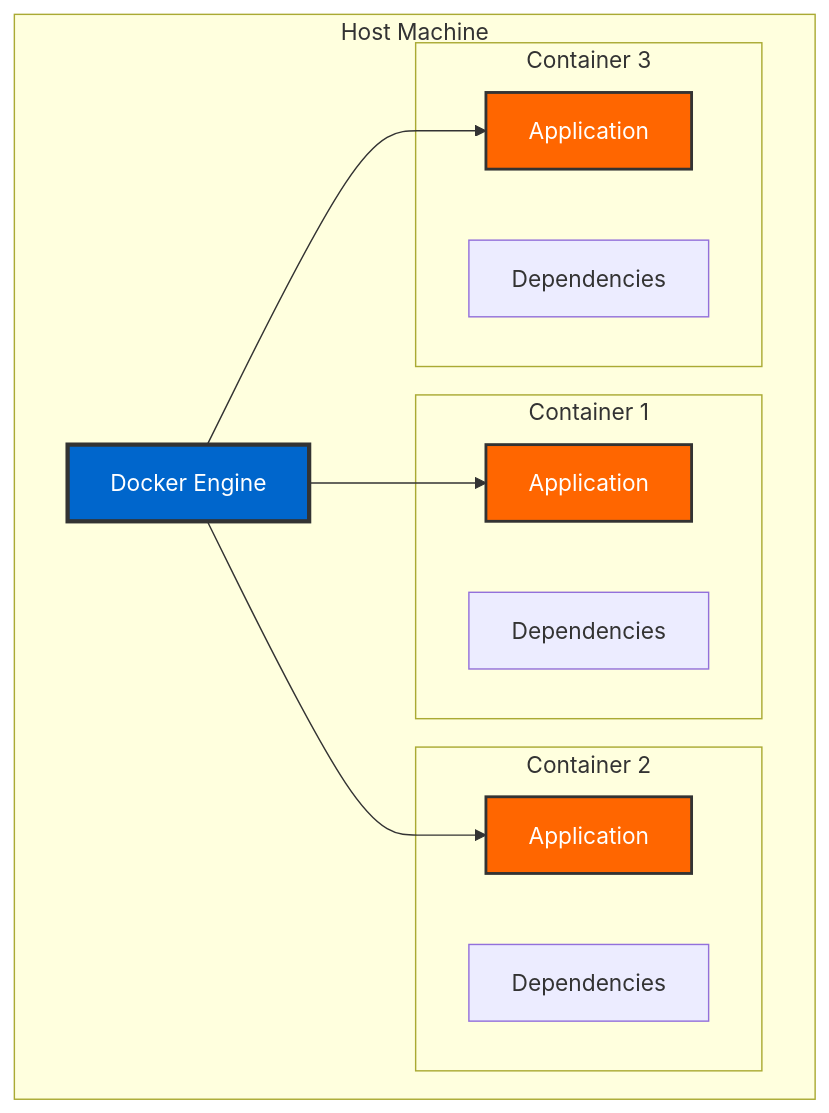
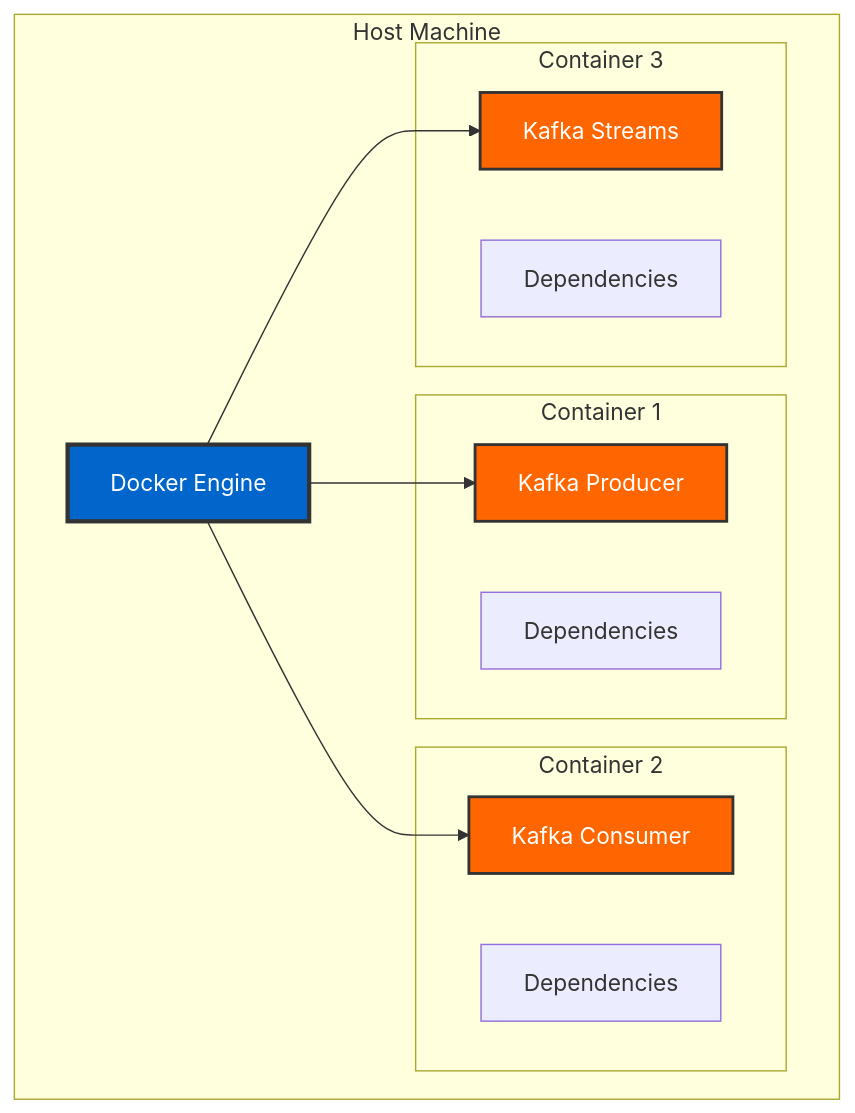
Before and after one commit to stratpoint-daniel-eullo/kafka-training: the diagram in docs/containers/docker-basics.md, drawn with Mermaid. The commit also changed other lines of this file and 86 other files, not shown here.

````diff
--- a/docs/containers/docker-basics.md
+++ b/docs/containers/docker-basics.md
@@ -18,27 +20,27 @@
 ```mermaid
 graph TB
     subgraph "Host Machine"
         DE[Docker Engine]
         subgraph "Container 1"
-            A1[Application]
+            A1[Kafka Producer]
             D1[Dependencies]
         end
         subgraph "Container 2"
-            A2[Application]
+            A2[Kafka Consumer]
             D2[Dependencies]
         end
         subgraph "Container 3"
-            A3[Application]
+            A3[Kafka Streams]
             D3[Dependencies]
         end
     end
 
     DE --> A1
     DE --> A2
     DE --> A3
 
     style DE fill:#0066cc,stroke:#333,stroke-width:3px,color:#fff
     style A1 fill:#ff6600,stroke:#333,stroke-width:2px,color:#fff
     style A2 fill:#ff6600,stroke:#333,stroke-width:2px,color:#fff
     style A3 fill:#ff6600,stroke:#333,stroke-width:2px,color:#fff
 ```
````
